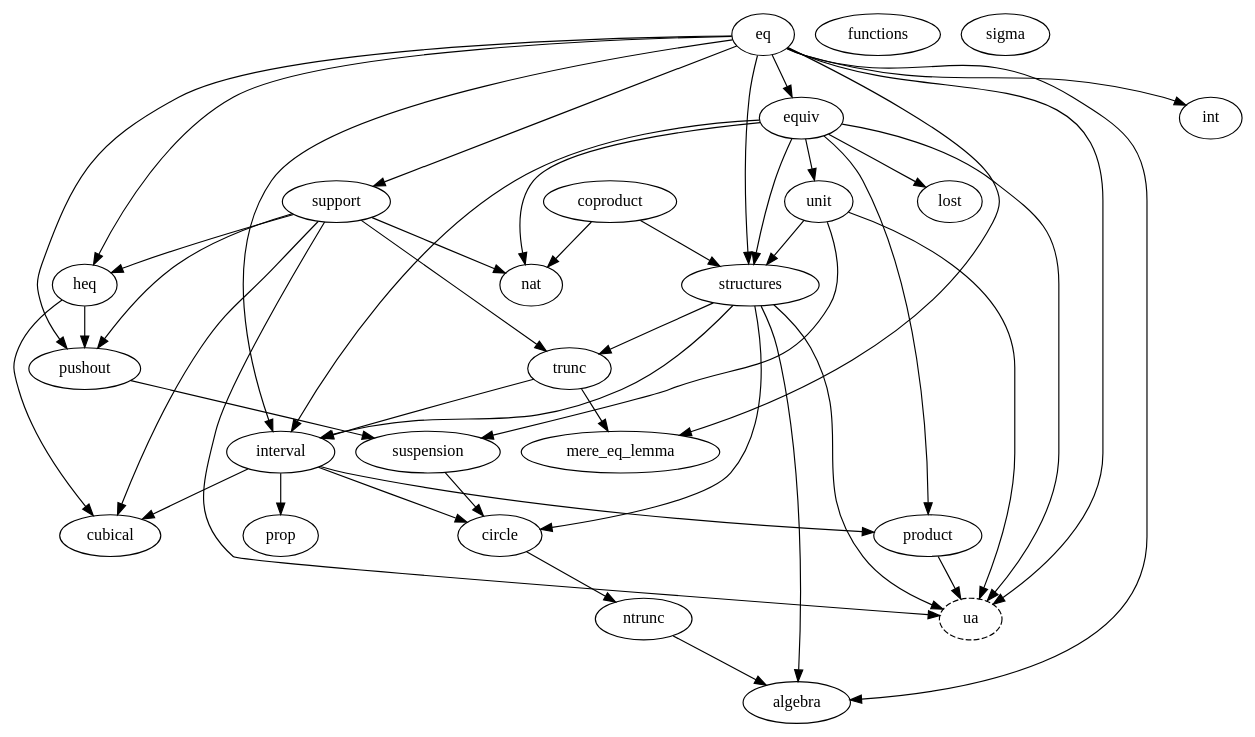
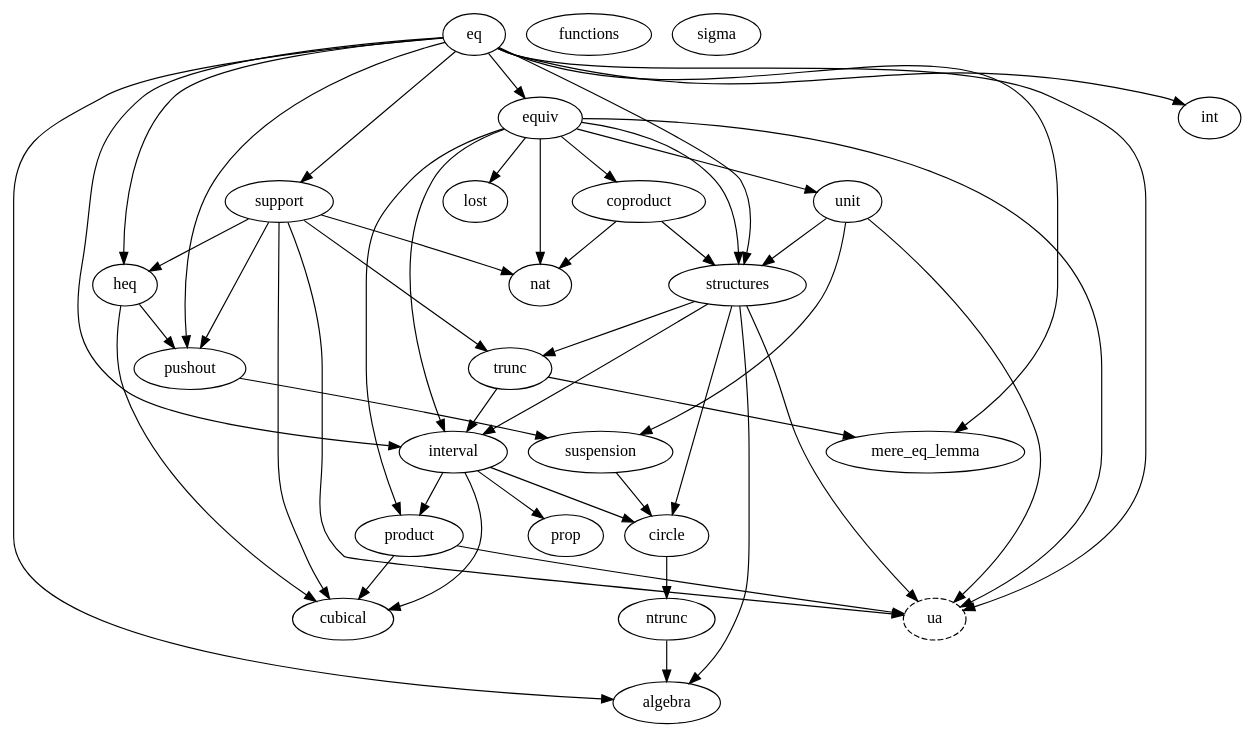
Before and after one commit to forked-from-1kasper/ground_zero: the diagram in dependency_map.gv, drawn with Graphviz. The commit also changed 4 other files, not shown here.

```diff
--- a/dependency_map.gv
+++ b/dependency_map.gv
@@ -1,70 +1,73 @@
 digraph dependency_map {
   ntrunc -> algebra
   structures -> algebra
   eq -> algebra
 
   suspension -> circle
   structures -> circle
   interval -> circle
 
+  equiv -> coproduct
+
   interval -> cubical
   heq -> cubical
   support -> cubical
+  product -> cubical
 
   eq -> heq
   support -> heq
 
   eq -> equiv
   eq -> int
 
   trunc -> interval
   eq -> interval
   structures -> interval
   equiv -> interval
 
   eq -> mere_eq_lemma
   trunc -> mere_eq_lemma
 
   circle -> ntrunc
 
   equiv -> product
   interval -> product
 
   interval -> prop
 
   heq -> pushout
   eq -> pushout
   support -> pushout
 
   unit -> structures
   equiv -> structures
   eq -> structures
   coproduct -> structures
 
   eq -> support
 
   pushout -> suspension
   unit -> suspension
 
   structures -> trunc
   support -> trunc
 
   ua [style=dashed]
   equiv -> ua
   eq -> ua
   structures -> ua
   unit -> ua
   support -> ua
   product -> ua
 
   equiv -> unit
 
   equiv -> nat
   coproduct -> nat
   support -> nat
 
   equiv -> lost
 
   functions
   sigma
 }
```
